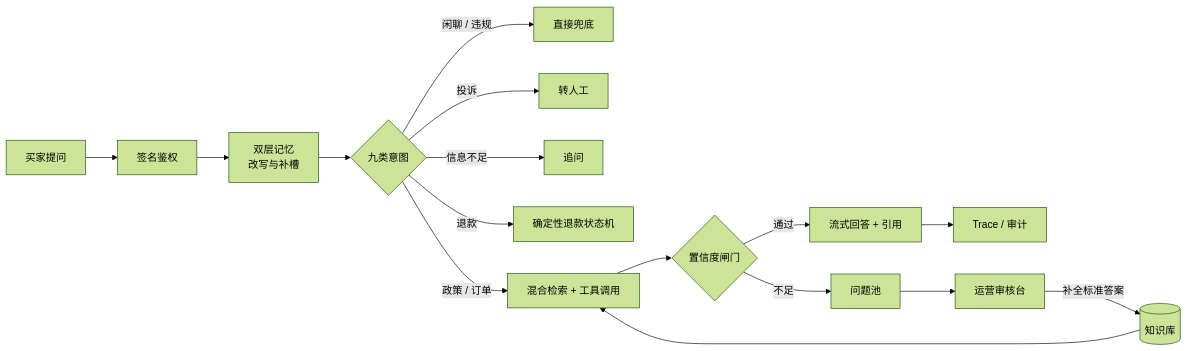
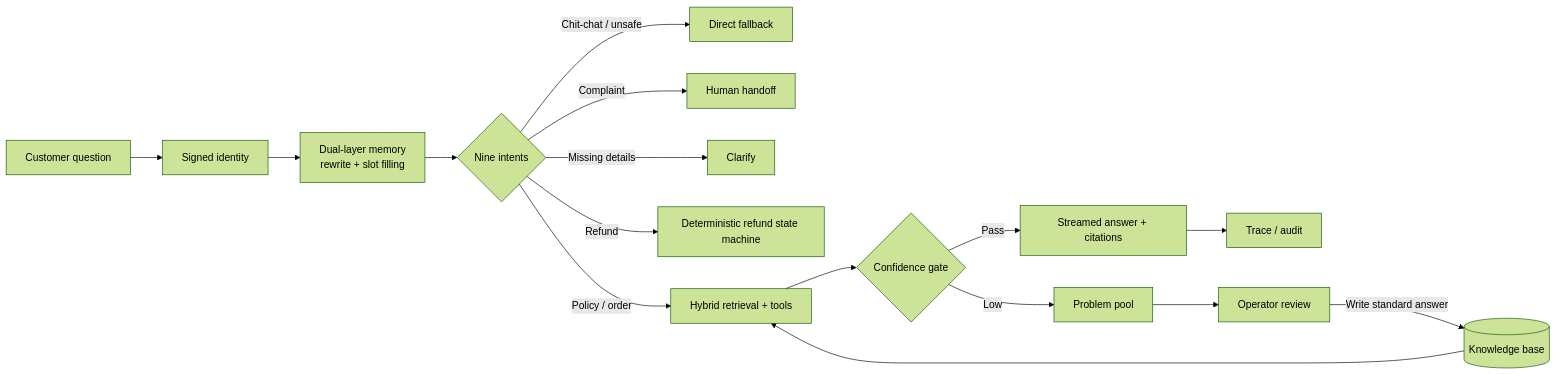
Before and after one commit to ZhenweiTang0908/SureDesk: the first of 3 diagrams in README.md, drawn with Mermaid (forest theme). The commit also changed other lines of this file and 31 other files, not shown here.

```diff
--- a/README.md
+++ b/README.md
@@ -50,18 +52,18 @@
 ~~~mermaid
 flowchart LR
-    U[买家提问] --> A[签名鉴权]
-    A --> M[双层记忆<br/>改写与补槽]
-    M --> R{九类意图}
-    R -->|闲聊 / 违规| D[直接兜底]
-    R -->|投诉| H[转人工]
-    R -->|信息不足| C[追问]
-    R -->|退款| F[确定性退款状态机]
-    R -->|政策 / 订单| K[混合检索 + 工具调用]
-    K --> G{置信度闸门}
-    G -->|通过| S[流式回答 + 引用]
-    G -->|不足| P[问题池]
-    S --> T[Trace / 审计]
-    P --> W[运营审核台]
-    W -->|补全标准答案| KB[(知识库)]
+    U[Customer question] --> A[Signed identity]
+    A --> M[Dual-layer memory<br/>rewrite + slot filling]
+    M --> R{Nine intents}
+    R -->|Chit-chat / unsafe| D[Direct fallback]
+    R -->|Complaint| H[Human handoff]
+    R -->|Missing details| C[Clarify]
+    R -->|Refund| F[Deterministic refund state machine]
+    R -->|Policy / order| K[Hybrid retrieval + tools]
+    K --> G{Confidence gate}
+    G -->|Pass| S[Streamed answer + citations]
+    G -->|Low| P[Problem pool]
+    S --> T[Trace / audit]
+    P --> W[Operator review]
+    W -->|Write standard answer| KB[(Knowledge base)]
     KB --> K
 ~~~
```
